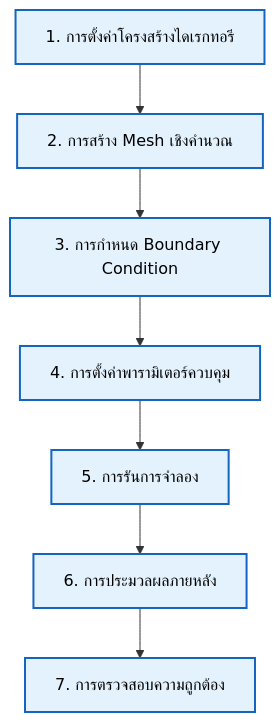
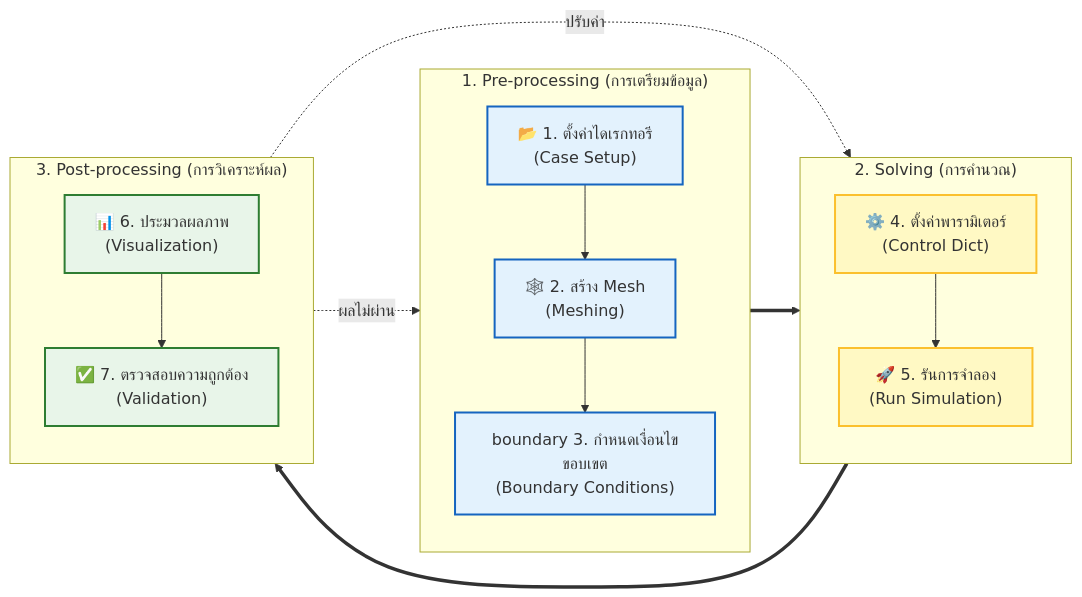
One commit to wramet/build-my-cfd changed the fourth of 4 diagrams in MODULE_01_CFD_FUNDAMENTALS/CONTENT/04_FIRST_SIMULATION/01_Introduction.md. Above: the diagram before and after it, drawn with Mermaid. The commit also changed other lines of this file and 297 other files, not shown here.

Commit message:
Add explanation under mermaid diagram

````diff
--- a/MODULE_01_CFD_FUNDAMENTALS/CONTENT/04_FIRST_SIMULATION/01_Introduction.md
+++ b/MODULE_01_CFD_FUNDAMENTALS/CONTENT/04_FIRST_SIMULATION/01_Introduction.md
@@ -349,13 +347,48 @@
 ```mermaid
-graph TD
-    A["1. การตั้งค่าโครงสร้างไดเรกทอรี"] --> B["2. การสร้าง Mesh เชิงคำนวณ"]
-    B --> C["3. การกำหนด Boundary Condition"]
-    C --> D["4. การตั้งค่าพารามิเตอร์ควบคุม"]
-    D --> E["5. การรันการจำลอง"]
-    E --> F["6. การประมวลผลภายหลัง"]
-    F --> G["7. การตรวจสอบความถูกต้อง"]
+graph LR
+    %% --- 1. PRE-PROCESSING ---
+    %% แก้ไข: ใส่ "..." ครอบชื่อ Title เพื่อกัน Error
+    subgraph Pre ["1. Pre-processing (การเตรียมข้อมูล)"]
+        direction TB
+        A["📂 1. ตั้งค่าไดเรกทอรี<br/>(Case Setup)"]
+        B["🕸️ 2. สร้าง Mesh<br/>(Meshing)"]
+        C["boundary 3. กำหนดเงื่อนไขขอบเขต<br/>(Boundary Conditions)"]
+        
+        A --> B --> C
+    end
 
-    classDef process fill:#e3f2fd,stroke:#1565c0,stroke-width:2px,color:#000;
+    %% --- 2. SOLVING ---
+    subgraph Solve ["2. Solving (การคำนวณ)"]
+        direction TB
+        D["⚙️ 4. ตั้งค่าพารามิเตอร์<br/>(Control Dict)"]
+        E["🚀 5. รันการจำลอง<br/>(Run Simulation)"]
 
-    class A,B,C,D,E,F,G process;
+        D --> E
+    end
+
+    %% --- 3. POST-PROCESSING ---
+    subgraph Post ["3. Post-processing (การวิเคราะห์ผล)"]
+        direction TB
+        F["📊 6. ประมวลผลภาพ<br/>(Visualization)"]
+        G["✅ 7. ตรวจสอบความถูกต้อง<br/>(Validation)"]
+
+        F --> G
+    end
+
+    %% เชื่อมโยงระหว่างกลุ่ม
+    C ==> D
+    E ==> F
+
+    %% การวนลูป (Feedback Loop)
+    G -.->|ผลไม่ผ่าน| B
+    G -.->|ปรับค่า| D
+
+    %% Style
+    classDef pre fill:#e3f2fd,stroke:#1565c0,stroke-width:2px;
+    classDef solve fill:#fff9c4,stroke:#fbc02d,stroke-width:2px;
+    classDef post fill:#e8f5e9,stroke:#2e7d32,stroke-width:2px;
+
+    class A,B,C pre;
+    class D,E solve;
+    class F,G post;
 ```
````
